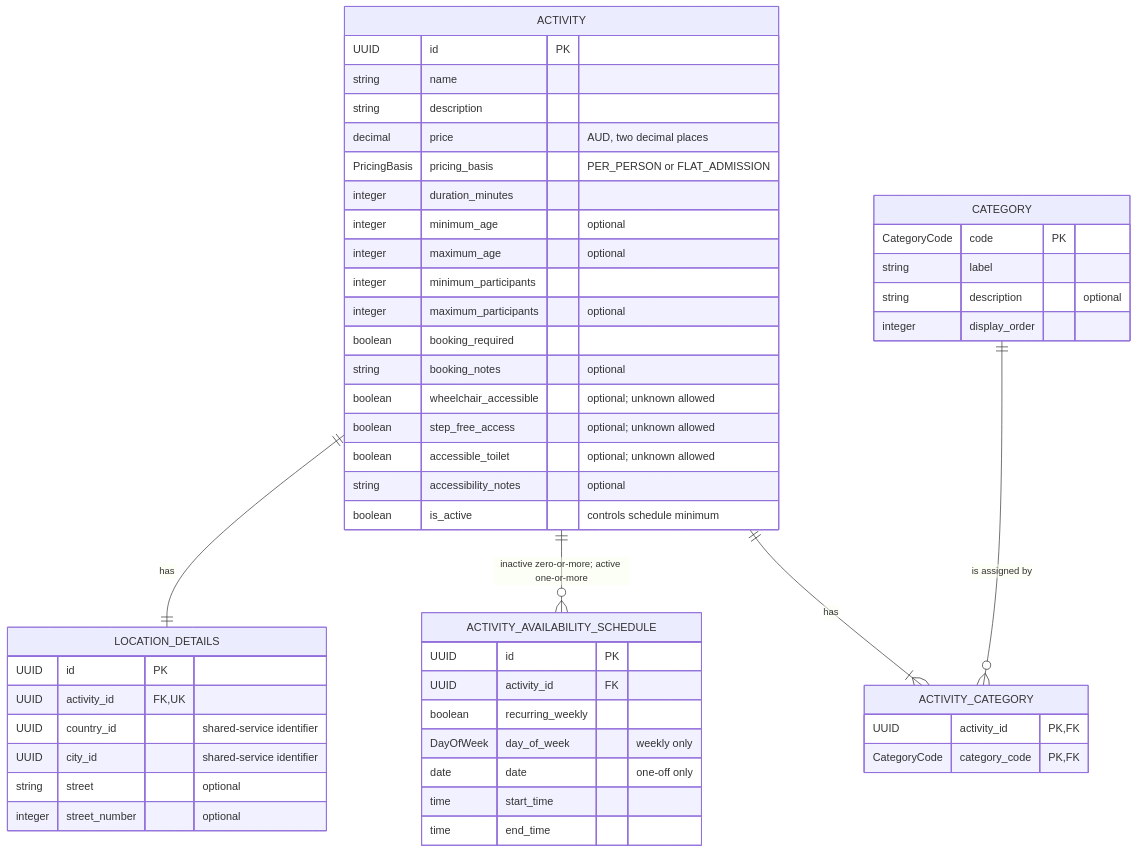
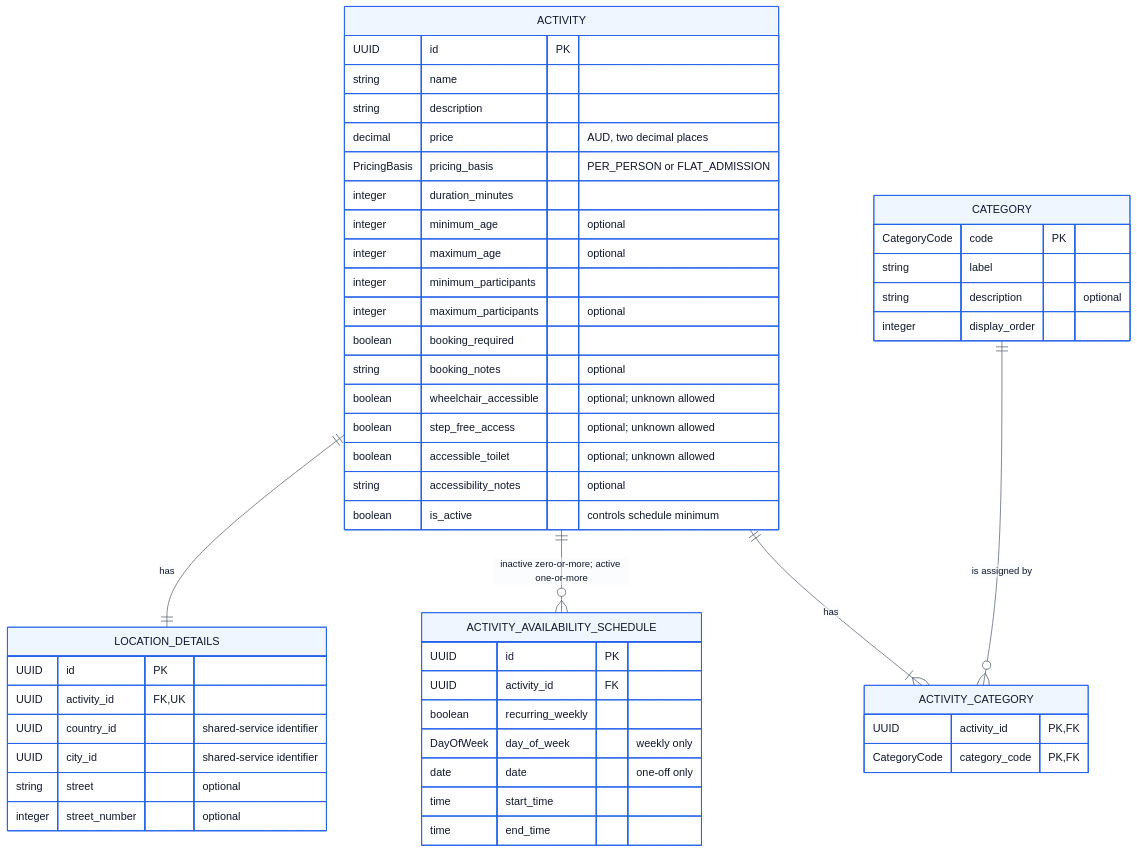
The diagram in docs/reports/release-0/Student4/DataDesign/logical.md (JulianKirk/TripGenie), drawn with Mermaid before and after one commit. The commit also changed other lines of this file and 7 other files, not shown here.

````diff
--- a/docs/reports/release-0/Student4/DataDesign/logical.md
+++ b/docs/reports/release-0/Student4/DataDesign/logical.md
@@ -9,58 +14,59 @@
 ```mermaid
+%%{init: {"theme":"base","themeVariables":{"fontFamily":"Inter, ui-sans-serif, system-ui, sans-serif","primaryColor":"#eff6ff","primaryTextColor":"#0f172a","primaryBorderColor":"#2563eb","lineColor":"#475569","tertiaryColor":"#f8fafc"}}}%%
 erDiagram
     ACTIVITY ||--|| LOCATION_DETAILS : "has"
     ACTIVITY ||--o{ ACTIVITY_AVAILABILITY_SCHEDULE : "inactive zero-or-more; active one-or-more"
     ACTIVITY ||--|{ ACTIVITY_CATEGORY : "has"
     CATEGORY ||--o{ ACTIVITY_CATEGORY : "is assigned by"
 
     ACTIVITY {
         UUID id PK
         string name
         string description
         decimal price "AUD, two decimal places"
         PricingBasis pricing_basis "PER_PERSON or FLAT_ADMISSION"
         integer duration_minutes
         integer minimum_age "optional"
         integer maximum_age "optional"
         integer minimum_participants
         integer maximum_participants "optional"
         boolean booking_required
         string booking_notes "optional"
         boolean wheelchair_accessible "optional; unknown allowed"
         boolean step_free_access "optional; unknown allowed"
         boolean accessible_toilet "optional; unknown allowed"
         string accessibility_notes "optional"
         boolean is_active "controls schedule minimum"
     }
 
     LOCATION_DETAILS {
         UUID id PK
         UUID activity_id FK,UK
         UUID country_id "shared-service identifier"
         UUID city_id "shared-service identifier"
         string street "optional"
         integer street_number "optional"
     }
 
     CATEGORY {
         CategoryCode code PK
         string label
         string description "optional"
         integer display_order
     }
 
     ACTIVITY_CATEGORY {
         UUID activity_id PK,FK
         CategoryCode category_code PK,FK
     }
 
     ACTIVITY_AVAILABILITY_SCHEDULE {
         UUID id PK
         UUID activity_id FK
         boolean recurring_weekly
         DayOfWeek day_of_week "weekly only"
         date date "one-off only"
         time start_time
         time end_time
     }
 ```
````
